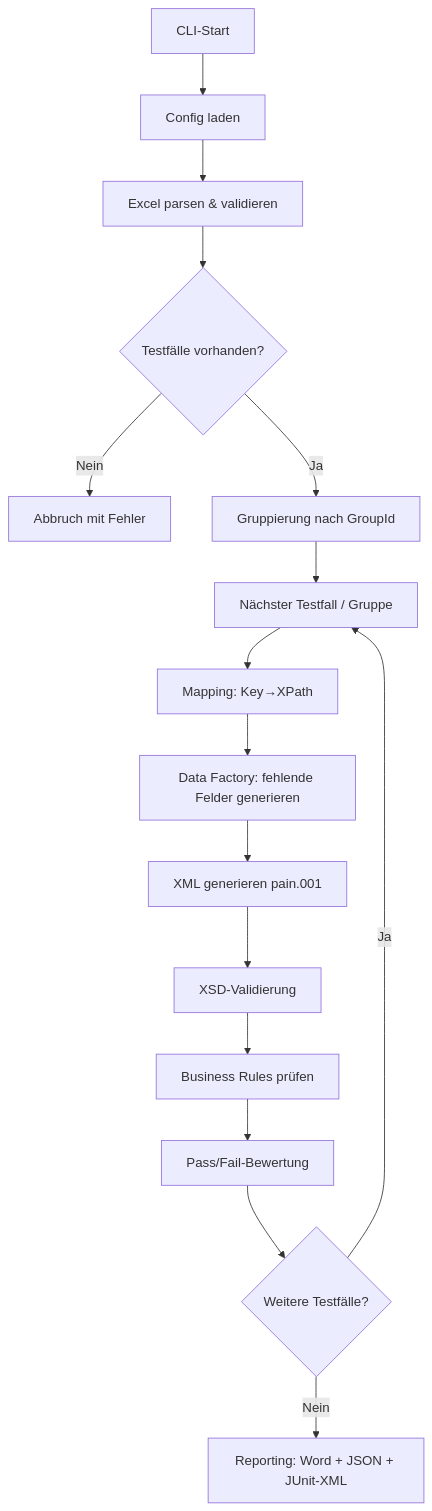
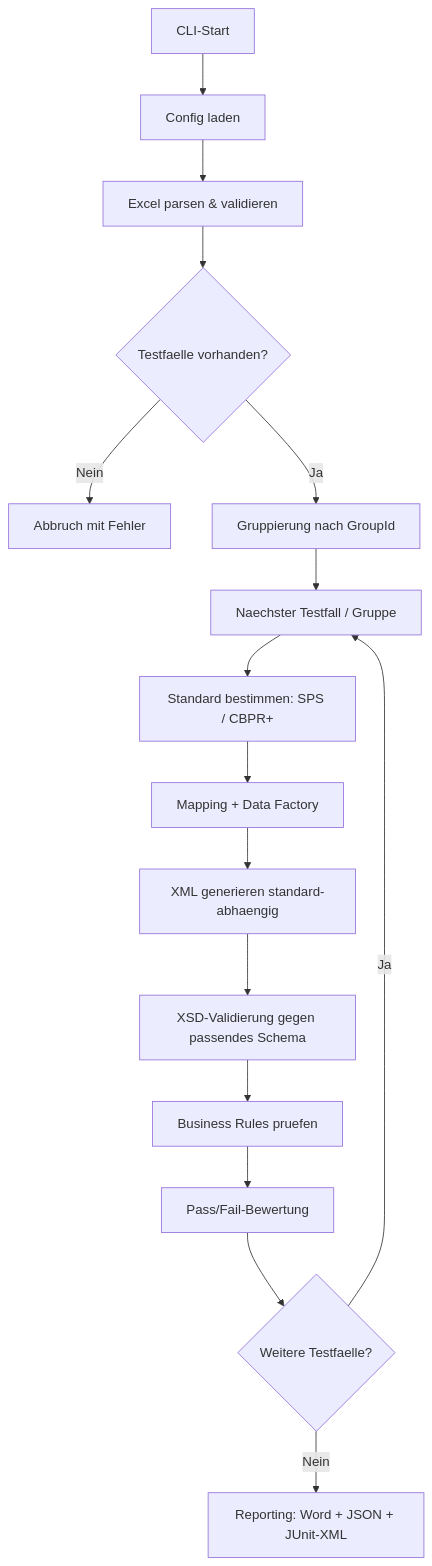
The first of 3 diagrams in README.md (Sebastenhauer/iso20022tester), drawn with Mermaid before and after one commit. The commit also changed other lines of this file, not shown here.

First line of the commit message:
Update README with CBPR+ dual-standard documentation

````diff
--- a/README.md
+++ b/README.md
@@ -42,18 +56,18 @@
 ```mermaid
 flowchart TD
     A[CLI-Start] --> B[Config laden]
     B --> C[Excel parsen & validieren]
-    C --> D{Testfälle vorhanden?}
+    C --> D{Testfaelle vorhanden?}
     D -- Nein --> E[Abbruch mit Fehler]
     D -- Ja --> F[Gruppierung nach GroupId]
-    F --> G[Nächster Testfall / Gruppe]
-    G --> H[Mapping: Key→XPath]
-    H --> I[Data Factory: fehlende Felder generieren]
-    I --> J[XML generieren pain.001]
-    J --> K[XSD-Validierung]
-    K --> L[Business Rules prüfen]
+    F --> G[Naechster Testfall / Gruppe]
+    G --> H[Standard bestimmen: SPS / CBPR+]
+    H --> I[Mapping + Data Factory]
+    I --> J[XML generieren standard-abhaengig]
+    J --> K[XSD-Validierung gegen passendes Schema]
+    K --> L[Business Rules pruefen]
     L --> M[Pass/Fail-Bewertung]
-    M --> N{Weitere Testfälle?}
+    M --> N{Weitere Testfaelle?}
     N -- Ja --> G
     N -- Nein --> O[Reporting: Word + JSON + JUnit-XML]
 ```
````
